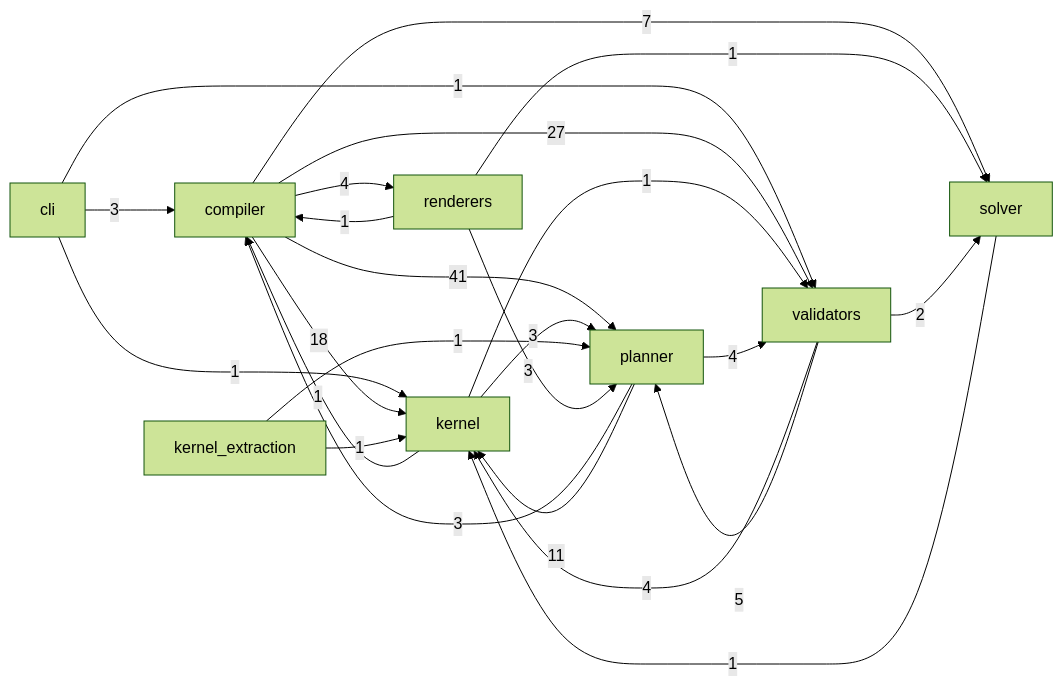
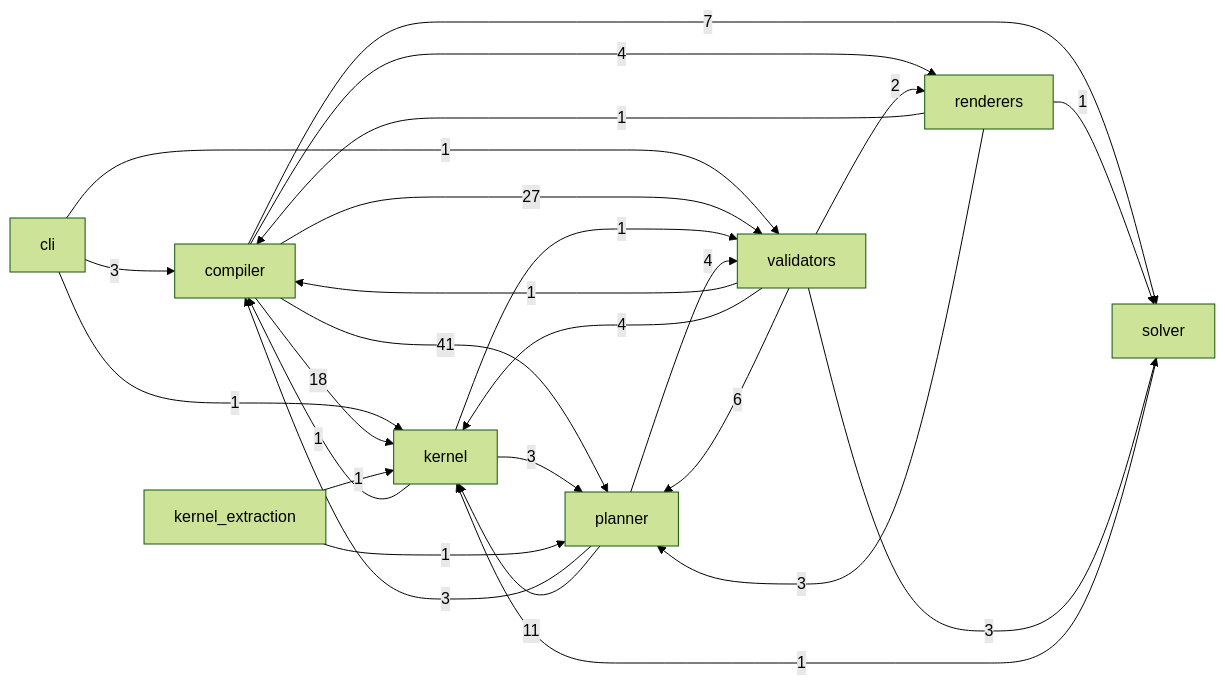
The diagram in docs/reference/code.md (Kingsley-Cyber/cinematic-compiler-core), drawn with Mermaid (forest theme) before and after one commit. The commit also changed other lines of this file and 9 other files, not shown here.

````diff
--- a/docs/reference/code.md
+++ b/docs/reference/code.md
@@ -15,26 +15,28 @@
 ```mermaid
 flowchart LR
   cli -->|3| compiler
   cli -->|1| kernel
   cli -->|1| validators
   compiler -->|18| kernel
   compiler -->|41| planner
   compiler -->|4| renderers
   compiler -->|7| solver
   compiler -->|27| validators
   kernel -->|1| compiler
   kernel -->|3| planner
   kernel -->|1| validators
   kernel_extraction -->|1| kernel
   kernel_extraction -->|1| planner
   planner -->|3| compiler
   planner -->|11| kernel
   planner -->|4| validators
   renderers -->|1| compiler
   renderers -->|3| planner
   renderers -->|1| solver
   solver -->|1| kernel
+  validators -->|1| compiler
   validators -->|4| kernel
-  validators -->|5| planner
-  validators -->|2| solver
+  validators -->|6| planner
+  validators -->|2| renderers
+  validators -->|3| solver
 ```
````
